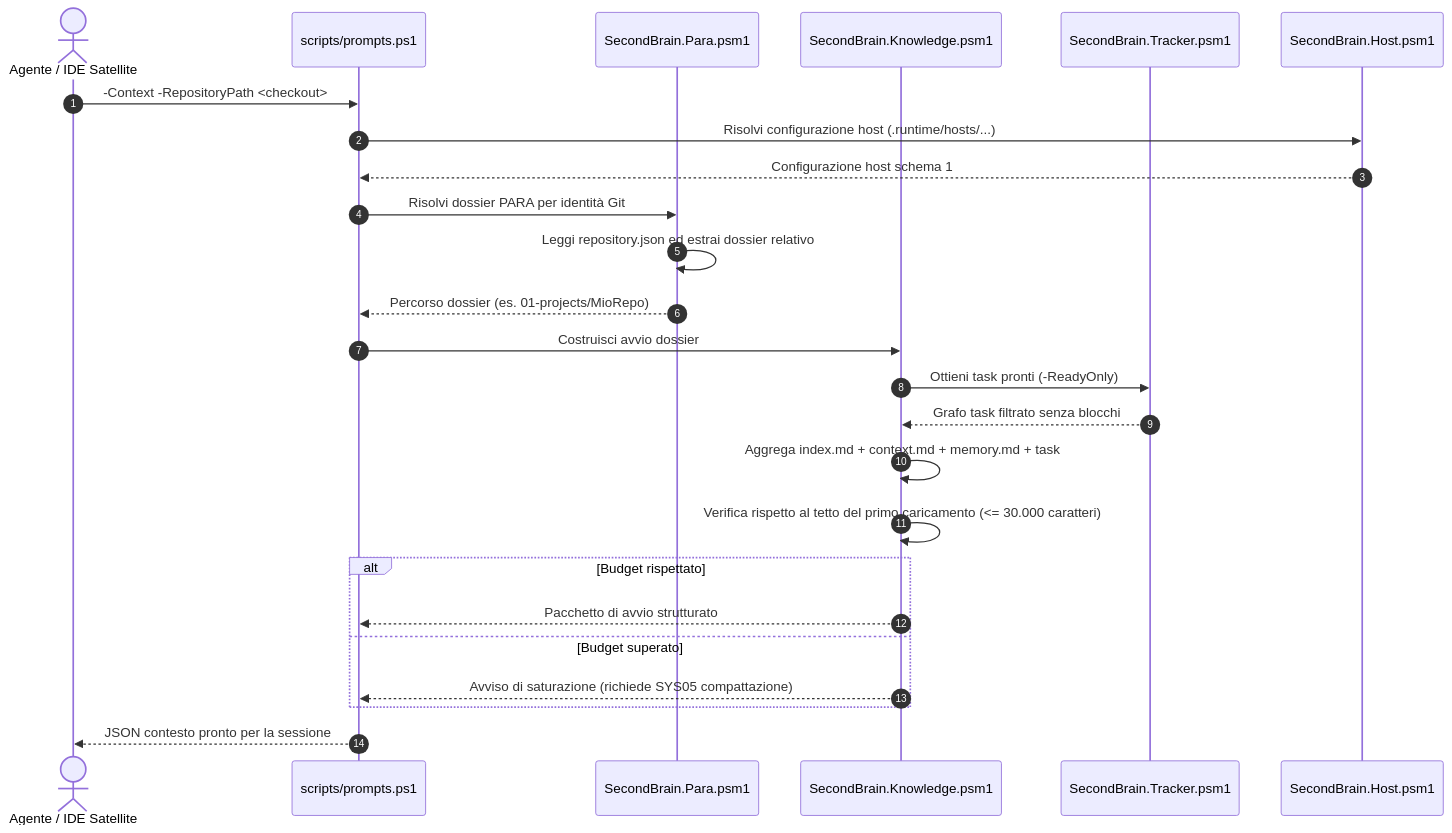
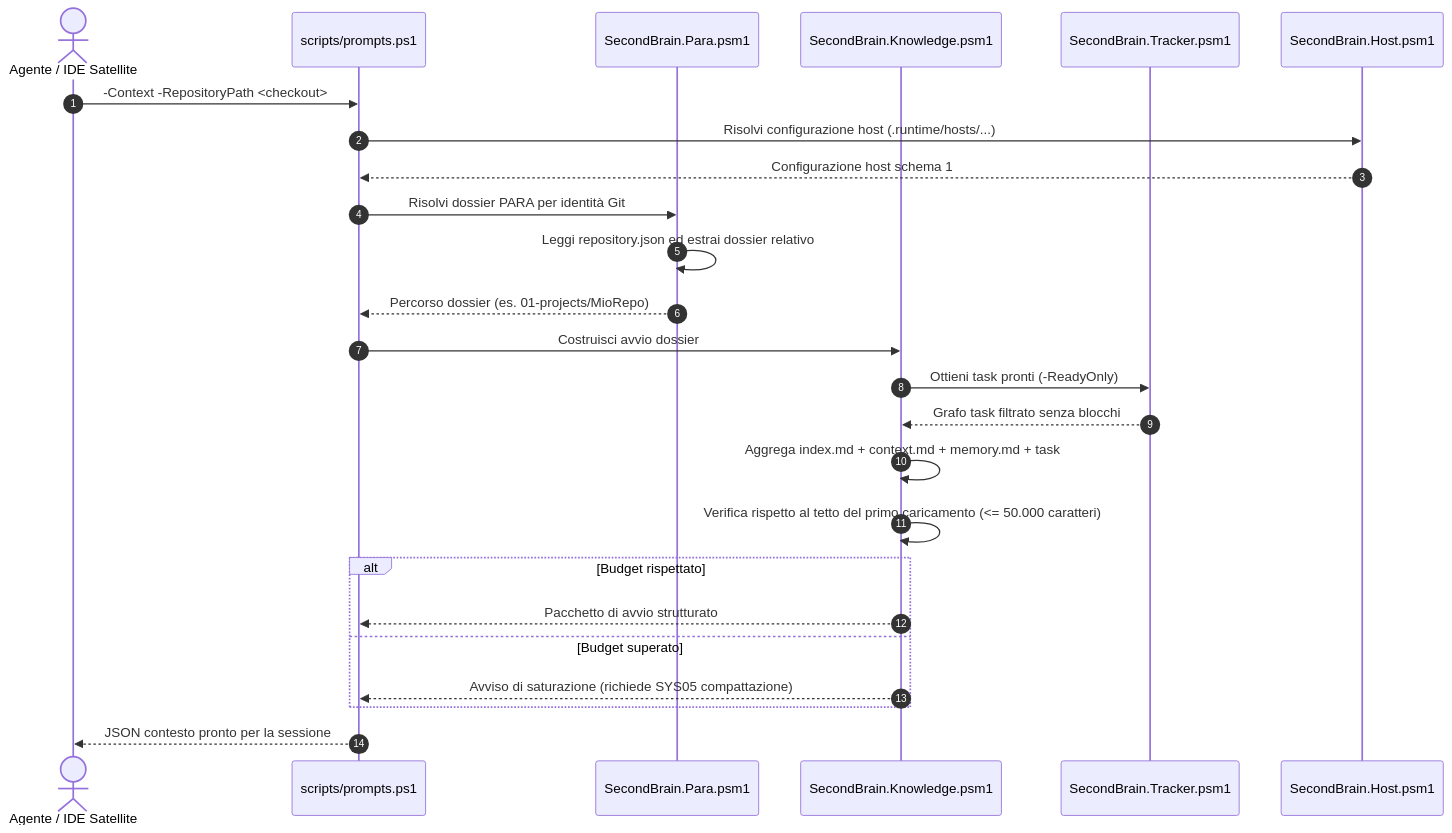
The third of 7 diagrams in docs/riferimento/architecture.it.md (dennidalpos/secondbrain), drawn with Mermaid before and after one commit. The commit also changed other lines of this file and 28 other files, not shown here.

````diff
--- a/docs/riferimento/architecture.it.md
+++ b/docs/riferimento/architecture.it.md
@@ -99,28 +99,28 @@
 ```mermaid
 sequenceDiagram
     autonumber
     actor Developer as Agente / IDE Satellite
     participant PromptsCLI as scripts/prompts.ps1
     participant ParaMod as SecondBrain.Para.psm1
     participant KnowledgeMod as SecondBrain.Knowledge.psm1
     participant TrackerMod as SecondBrain.Tracker.psm1
     participant HostMod as SecondBrain.Host.psm1
 
     Developer->>PromptsCLI: -Context -RepositoryPath <checkout>
     PromptsCLI->>HostMod: Risolvi configurazione host (.runtime/hosts/...)
     HostMod-->>PromptsCLI: Configurazione host schema 1
     PromptsCLI->>ParaMod: Risolvi dossier PARA per identità Git
     ParaMod->>ParaMod: Leggi repository.json ed estrai dossier relativo
     ParaMod-->>PromptsCLI: Percorso dossier (es. 01-projects/MioRepo)
     PromptsCLI->>KnowledgeMod: Costruisci avvio dossier
     KnowledgeMod->>TrackerMod: Ottieni task pronti (-ReadyOnly)
     TrackerMod-->>KnowledgeMod: Grafo task filtrato senza blocchi
     KnowledgeMod->>KnowledgeMod: Aggrega index.md + context.md + memory.md + task
-    KnowledgeMod->>KnowledgeMod: Verifica rispetto al tetto del primo caricamento (<= 30.000 caratteri)
+    KnowledgeMod->>KnowledgeMod: Verifica rispetto al tetto del primo caricamento (<= 50.000 caratteri)
     alt Budget rispettato
         KnowledgeMod-->>PromptsCLI: Pacchetto di avvio strutturato
     else Budget superato
         KnowledgeMod-->>PromptsCLI: Avviso di saturazione (richiede SYS05 compattazione)
     end
     PromptsCLI-->>Developer: JSON contesto pronto per la sessione
 ```
````
